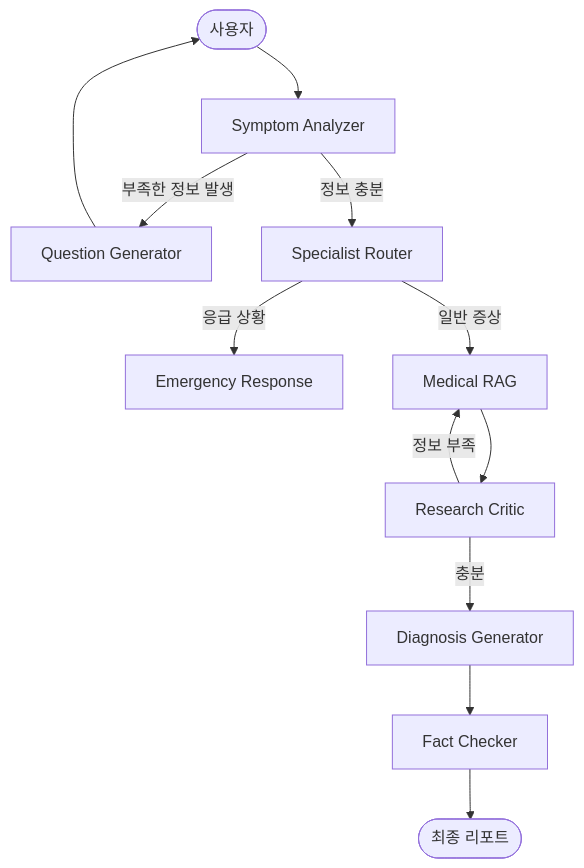
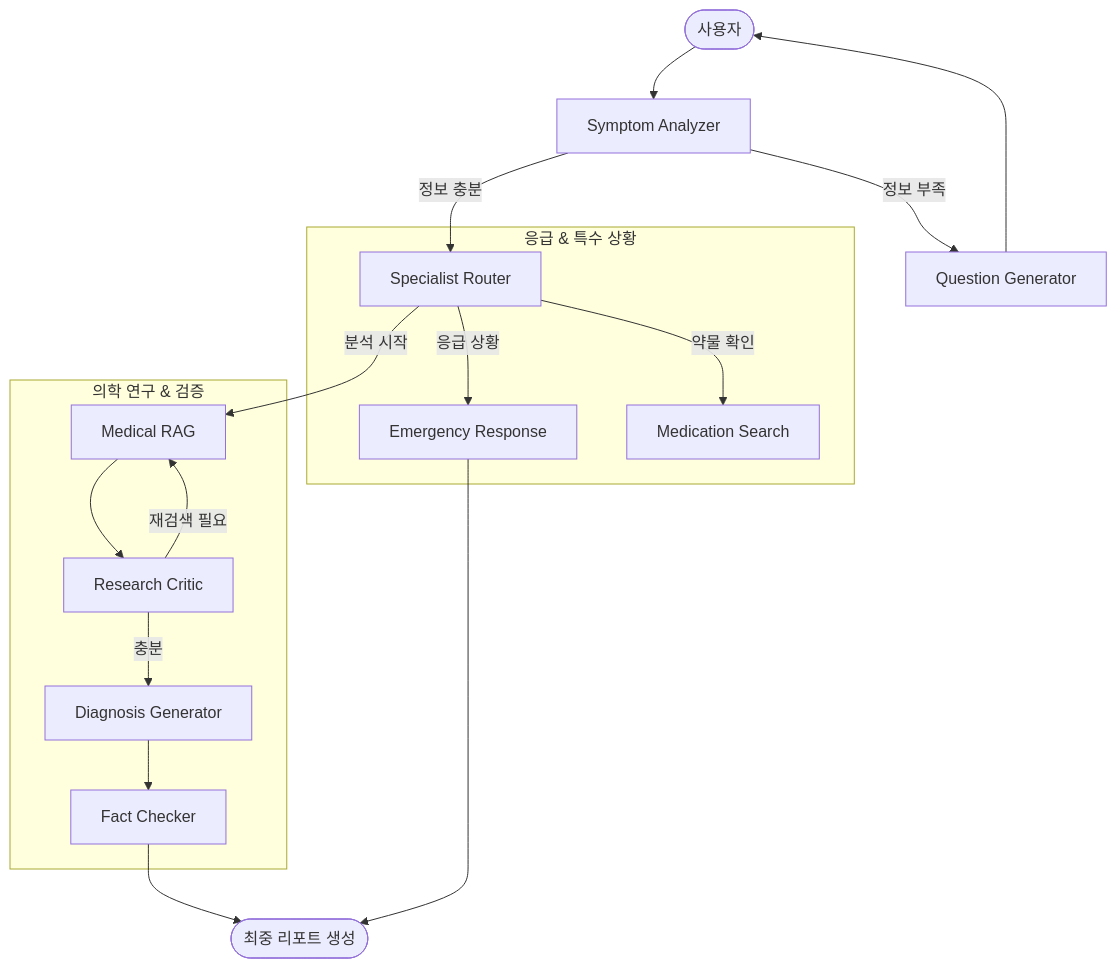
One commit to DongHyun925/MediGraph changed the diagram in README.md. Above: the diagram before and after it, drawn with Mermaid. The commit also changed other lines of this file, not shown here.

````diff
--- a/README.md
+++ b/README.md
@@ -49,14 +54,23 @@
 ```mermaid
 graph TD
     User([사용자]) --> SA[Symptom Analyzer]
-    SA -- 부족한 정보 발생 --> QG[Question Generator]
+    SA -- 정보 부족 --> QG[Question Generator]
     QG --> User
     SA -- 정보 충분 --> SR[Specialist Router]
-    SR -- 응급 상황 --> ER[Emergency Response]
-    SR -- 일반 증상 --> RAG[Medical RAG]
-    RAG --> Critic[Research Critic]
-    Critic -- 정보 부족 --> RAG
-    Critic -- 충분 --> DG[Diagnosis Generator]
-    DG --> FC[Fact Checker]
-    FC --> Final([최종 리포트])
+    
+    subgraph "응급 & 특수 상황"
+        SR -- 응급 상황 --> ER[Emergency Response]
+        SR -- 약물 확인 --> MS[Medication Search]
+    end
+    
+    subgraph "의학 연구 & 검증"
+        SR -- 분석 시작 --> RAG[Medical RAG]
+        RAG --> Critic[Research Critic]
+        Critic -- 재검색 필요 --> RAG
+        Critic -- 충분 --> DG[Diagnosis Generator]
+        DG --> FC[Fact Checker]
+    end
+    
+    FC --> Final([최중 리포트 생성])
+    ER --> Final
 ```
````
